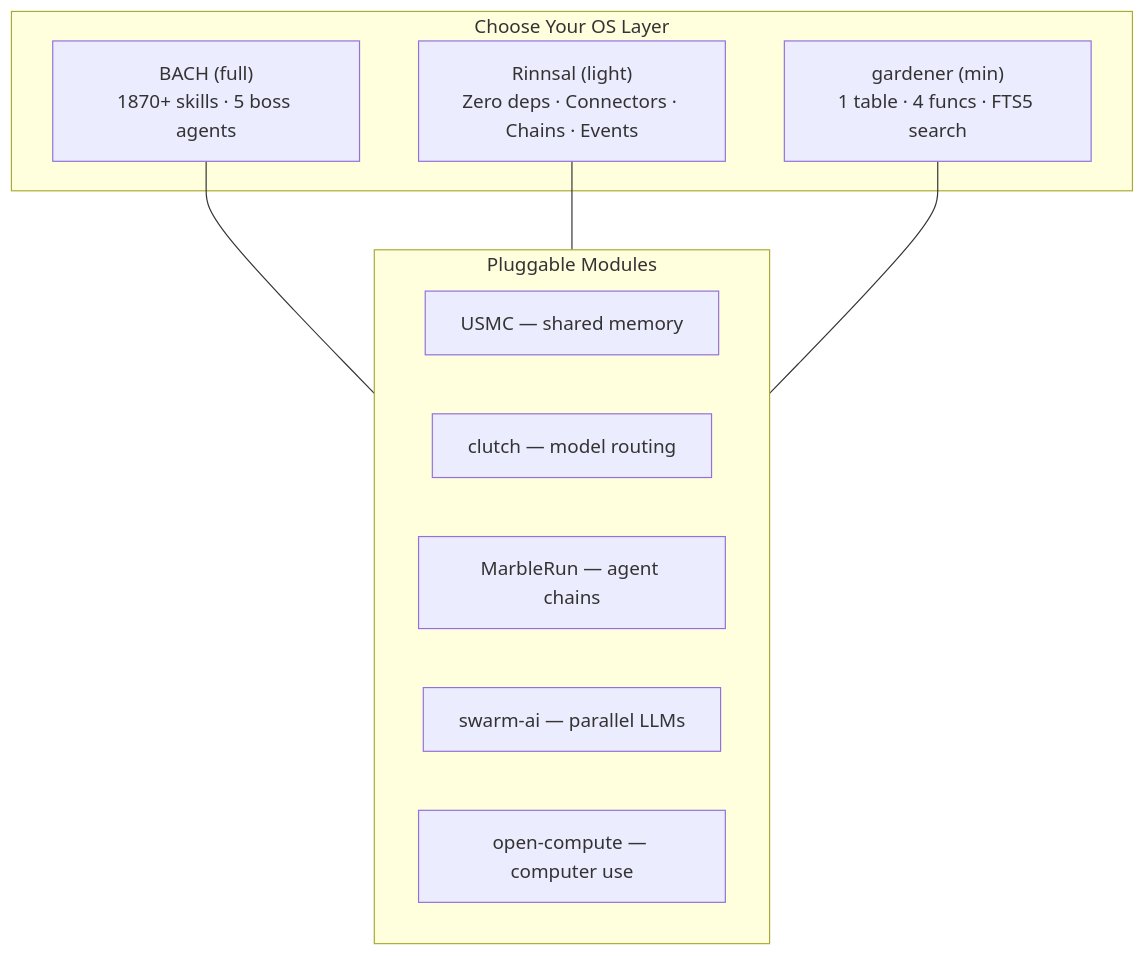
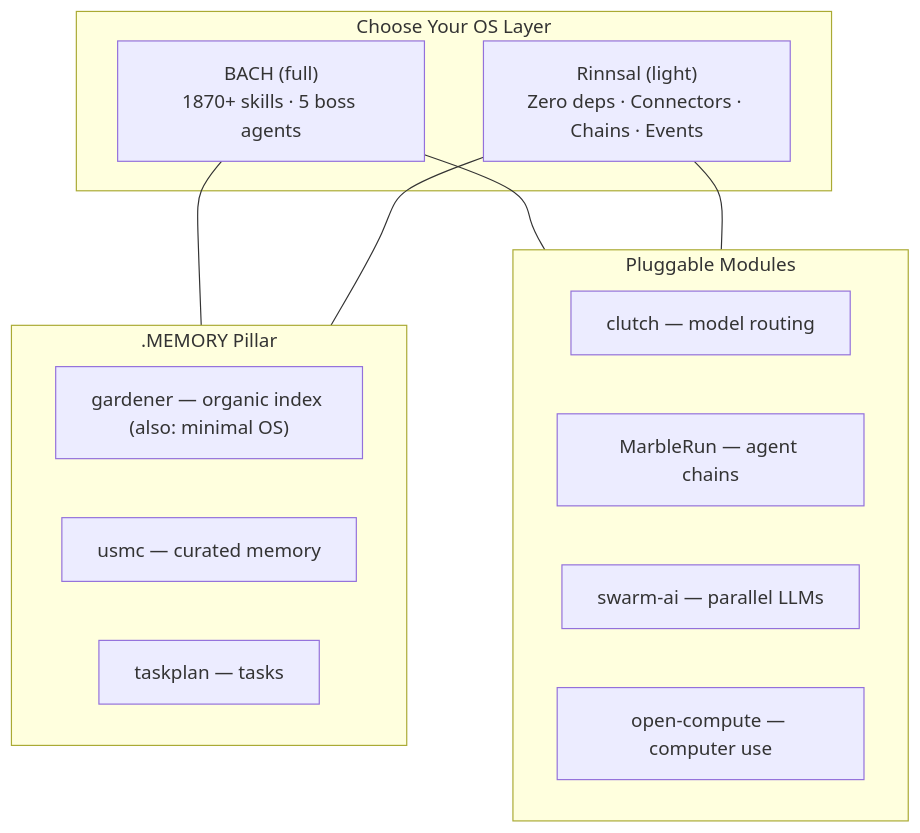
Before and after one commit to ellmos-ai/.github: the diagram in profile/README.md, drawn with Mermaid. The commit also changed other lines of this file and 2 other files, not shown here.

First line of the commit message:
docs: reposition gardener as .MEMORY pillar member, add Stacks section, refresh repo index

````diff
--- a/profile/README.md
+++ b/profile/README.md
@@ -117,18 +133,22 @@
 ```mermaid
 flowchart TD
   subgraph OS["Choose Your OS Layer"]
     BACH["BACH (full)<br/>1870+ skills · 5 boss agents"]
     RIN["Rinnsal (light)<br/>Zero deps · Connectors · Chains · Events"]
-    GAR["gardener (min)<br/>1 table · 4 funcs · FTS5 search"]
+  end
+  subgraph MEM[".MEMORY Pillar"]
+    GAR["gardener — organic index (also: minimal OS)"]
+    USMC["usmc — curated memory"]
+    TASK["taskplan — tasks"]
   end
   subgraph MOD["Pluggable Modules"]
-    USMC["USMC — shared memory"]
     CLUTCH["clutch — model routing"]
     MARBLE["MarbleRun — agent chains"]
     SWARM["swarm-ai — parallel LLMs"]
     OCOMP["open-compute — computer use"]
   end
+  BACH --- MEM
+  RIN --- MEM
   BACH --- MOD
   RIN --- MOD
-  GAR --- MOD
 ```
````
